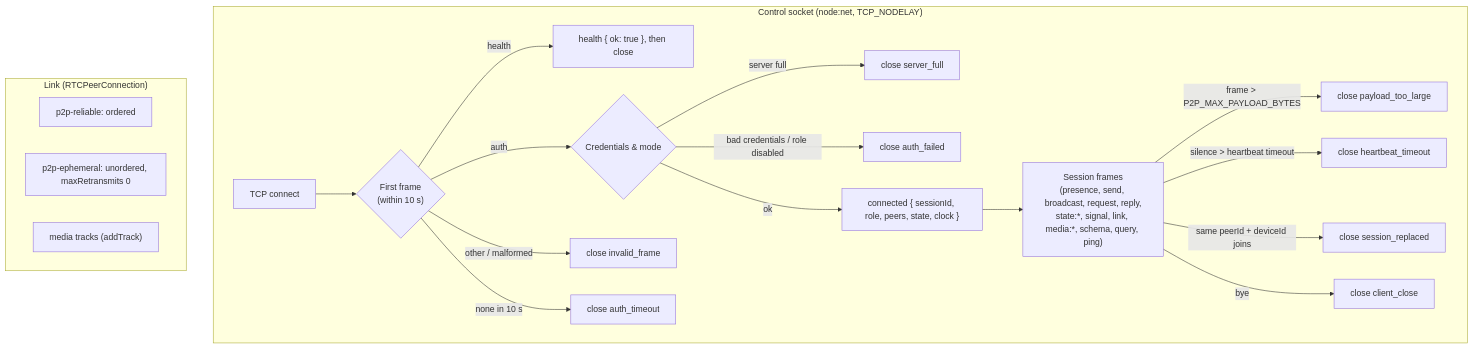
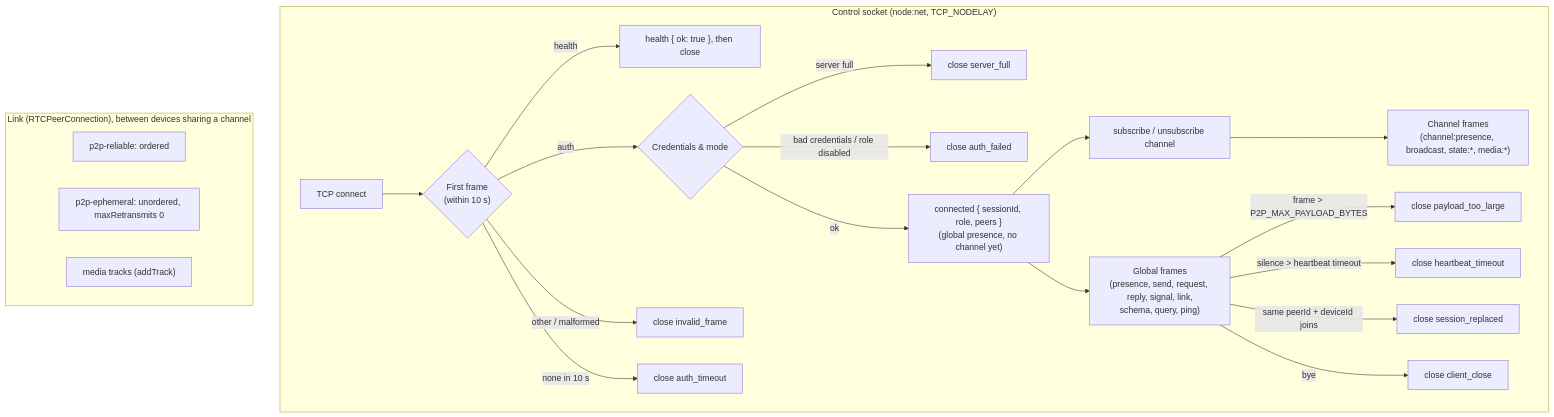
The diagram in docs/1-concepts/protocol-spec.md (fullstackedorg/p2p), drawn with Mermaid before and after one commit. The commit also changed other lines of this file and 62 other files, not shown here.

````diff
--- a/docs/1-concepts/protocol-spec.md
+++ b/docs/1-concepts/protocol-spec.md
@@ -3,24 +3,26 @@
 ```mermaid
 flowchart TD
     subgraph Conn["Control socket (node:net, TCP_NODELAY)"]
         TCP["TCP connect"] --> Pre{"First frame\n(within 10 s)"}
         Pre -->|"health"| Health["health { ok: true }, then close"]
         Pre -->|"auth"| Verify{"Credentials & mode"}
         Pre -->|"other / malformed"| CInvalid["close invalid_frame"]
         Pre -->|"none in 10 s"| CTimeout["close auth_timeout"]
         Verify -->|"server full"| CFull["close server_full"]
         Verify -->|"bad credentials / role disabled"| CAuth["close auth_failed"]
-        Verify -->|"ok"| Connected["connected { sessionId, role, peers, state, clock }"]
-        Connected --> Session["Session frames\n(presence, send, broadcast, request, reply,\nstate:*, signal, link, media:*, schema, query, ping)"]
-        Session -->|"frame > P2P_MAX_PAYLOAD_BYTES"| CPayload["close payload_too_large"]
-        Session -->|"silence > heartbeat timeout"| CHb["close heartbeat_timeout"]
-        Session -->|"same peerId + deviceId joins"| CRep["close session_replaced"]
-        Session -->|"bye"| CBye["close client_close"]
+        Verify -->|"ok"| Connected["connected { sessionId, role, peers }\n(global presence, no channel yet)"]
+        Connected --> Global["Global frames\n(presence, send, request, reply, signal, link,\nschema, query, ping)"]
+        Connected --> Channels["subscribe / unsubscribe channel"]
+        Channels --> Scoped["Channel frames\n(channel:presence, broadcast, state:*, media:*)"]
+        Global -->|"frame > P2P_MAX_PAYLOAD_BYTES"| CPayload["close payload_too_large"]
+        Global -->|"silence > heartbeat timeout"| CHb["close heartbeat_timeout"]
+        Global -->|"same peerId + deviceId joins"| CRep["close session_replaced"]
+        Global -->|"bye"| CBye["close client_close"]
     end
 
-    subgraph Link["Link (RTCPeerConnection)"]
+    subgraph Link["Link (RTCPeerConnection), between devices sharing a channel"]
         Rel["p2p-reliable: ordered"]
         Eph["p2p-ephemeral: unordered, maxRetransmits 0"]
         Media["media tracks (addTrack)"]
     end
 ```
````
